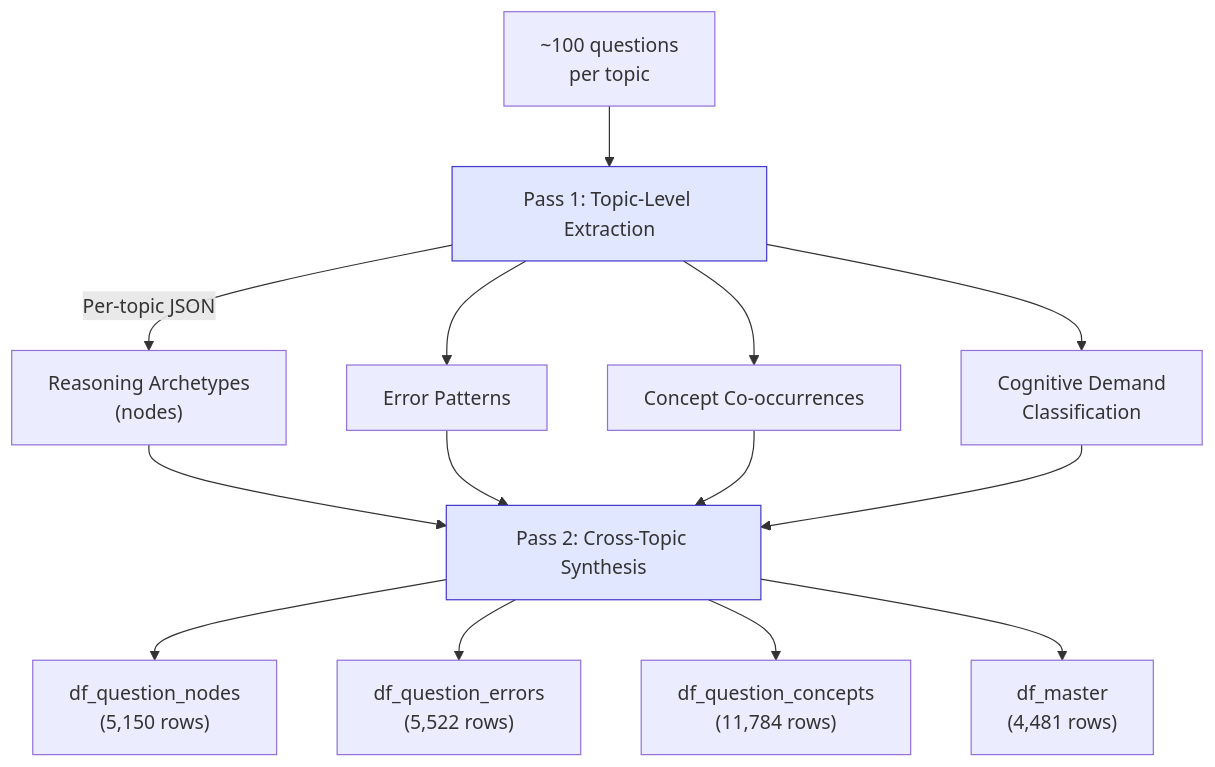
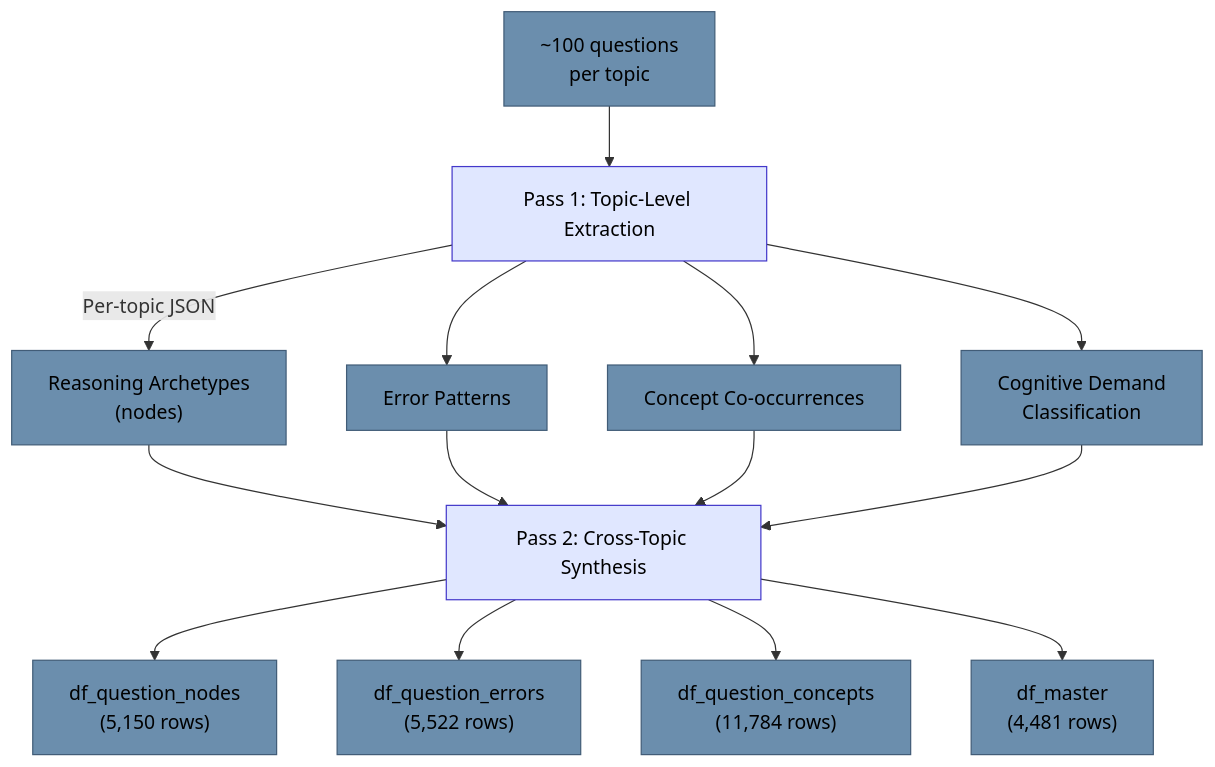
The third of 5 diagrams in ARCHITECTURE.md (devangi-08/LECO), drawn with Mermaid before and after one commit. The commit also changed other lines of this file, not shown here.

````diff
--- a/ARCHITECTURE.md
+++ b/ARCHITECTURE.md
@@ -65,21 +69,21 @@
 ```mermaid
 flowchart TD
-    QS["~100 questions\nper topic"] --> P1["Pass 1: Topic-Level Extraction"]
-    P1 --> |"Per-topic JSON"| NODES["Reasoning Archetypes\n(nodes)"]
-    P1 --> ERRORS["Error Patterns"]
-    P1 --> CONCEPTS["Concept Co-occurrences"]
-    P1 --> DEMAND["Cognitive Demand\nClassification"]
+    classDef cobalt fill:#6B8EAD,stroke:#415C77,color:#000000
+    classDef lightblue fill:#e0e7ff,stroke:#4338ca,color:#000000
 
-    NODES --> P2["Pass 2: Cross-Topic Synthesis"]
+    QS["~100 questions\nper topic"]:::cobalt --> P1["Pass 1: Topic-Level Extraction"]:::lightblue
+    P1 --> |"Per-topic JSON"| NODES["Reasoning Archetypes\n(nodes)"]:::cobalt
+    P1 --> ERRORS["Error Patterns"]:::cobalt
+    P1 --> CONCEPTS["Concept Co-occurrences"]:::cobalt
+    P1 --> DEMAND["Cognitive Demand\nClassification"]:::cobalt
+
+    NODES --> P2["Pass 2: Cross-Topic Synthesis"]:::lightblue
     ERRORS --> P2
     CONCEPTS --> P2
     DEMAND --> P2
 
-    P2 --> DQN["df_question_nodes\n(5,150 rows)"]
-    P2 --> DQE["df_question_errors\n(5,522 rows)"]
-    P2 --> DQC["df_question_concepts\n(11,784 rows)"]
-    P2 --> DM["df_master\n(4,481 rows)"]
-
-    style P1 fill:#e0e7ff,stroke:#4338ca
-    style P2 fill:#e0e7ff,stroke:#4338ca
+    P2 --> DQN["df_question_nodes\n(5,150 rows)"]:::cobalt
+    P2 --> DQE["df_question_errors\n(5,522 rows)"]:::cobalt
+    P2 --> DQC["df_question_concepts\n(11,784 rows)"]:::cobalt
+    P2 --> DM["df_master\n(4,481 rows)"]:::cobalt
 ```
````
